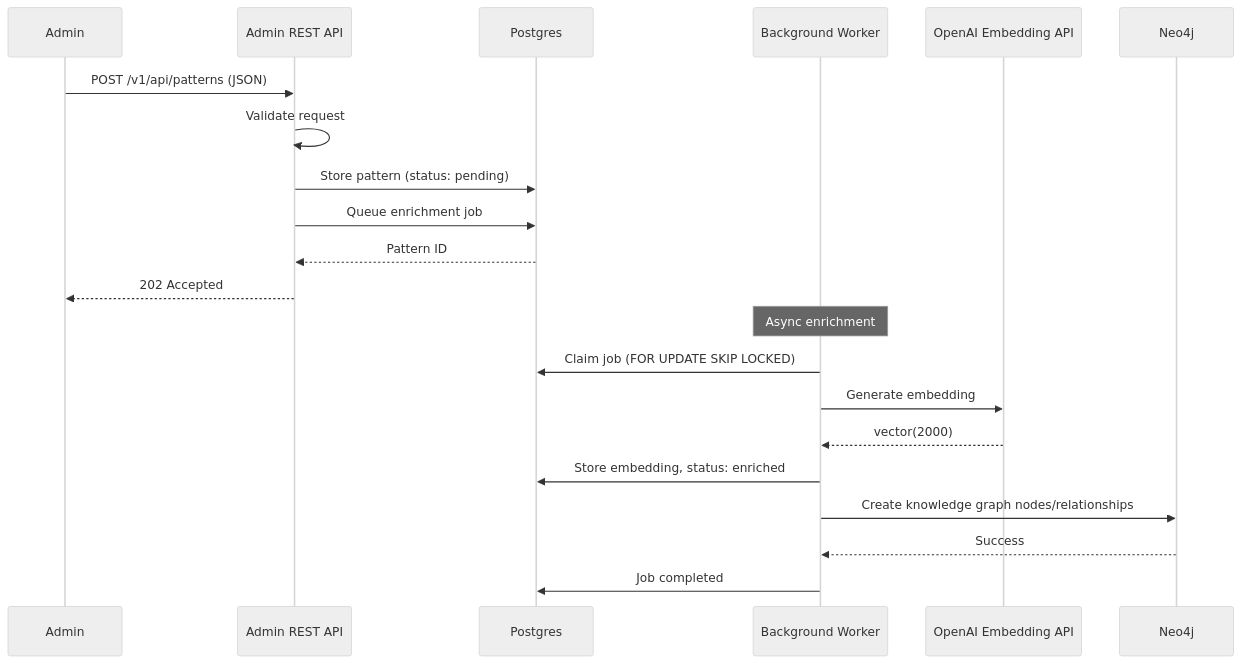
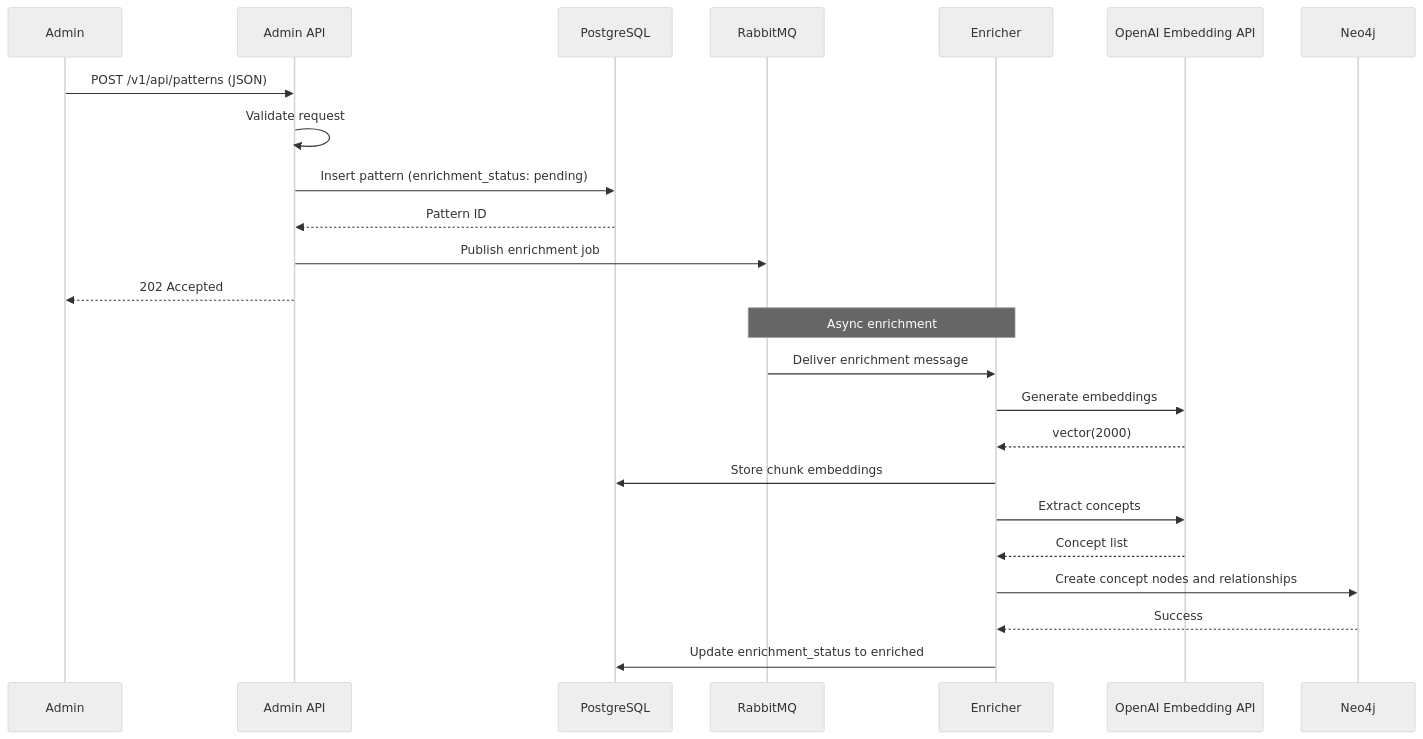
The third of 4 diagrams in docs/architecture/system/02-system-architecture.md (twistingmercury/mnemonic-docs), drawn with Mermaid (neutral theme) before and after one commit. The commit also changed other lines of this file, not shown here.

First line of the commit message:
docs: rewrite system architecture for MVP 2 decomposed service topology

````diff
--- a/docs/architecture/system/02-system-architecture.md
+++ b/docs/architecture/system/02-system-architecture.md
@@ -191,25 +172,28 @@
 ```mermaid
 sequenceDiagram
     participant Admin
-    participant REST as Admin REST API
-    participant PG as Postgres
-    participant WORKER as Background Worker
+    participant API as Admin API
+    participant PG as PostgreSQL
+    participant RMQ as RabbitMQ
+    participant Enricher as Enricher
     participant OPENAI as OpenAI Embedding API
     participant NEO as Neo4j
 
-    Admin->>REST: POST /v1/api/patterns (JSON)
-    REST->>REST: Validate request
-    REST->>PG: Store pattern (status: pending)
-    REST->>PG: Queue enrichment job
-    PG-->>REST: Pattern ID
-    REST-->>Admin: 202 Accepted
+    Admin->>API: POST /v1/api/patterns (JSON)
+    API->>API: Validate request
+    API->>PG: Insert pattern (enrichment_status: pending)
+    PG-->>API: Pattern ID
+    API->>RMQ: Publish enrichment job
+    API-->>Admin: 202 Accepted
 
-    Note over WORKER: Async enrichment
-    WORKER->>PG: Claim job (FOR UPDATE SKIP LOCKED)
-    WORKER->>OPENAI: Generate embedding
-    OPENAI-->>WORKER: vector(2000)
-    WORKER->>PG: Store embedding, status: enriched
-    WORKER->>NEO: Create knowledge graph nodes/relationships
-    NEO-->>WORKER: Success
-    WORKER->>PG: Job completed
+    Note over RMQ,Enricher: Async enrichment
+    RMQ->>Enricher: Deliver enrichment message
+    Enricher->>OPENAI: Generate embeddings
+    OPENAI-->>Enricher: vector(2000)
+    Enricher->>PG: Store chunk embeddings
+    Enricher->>OPENAI: Extract concepts
+    OPENAI-->>Enricher: Concept list
+    Enricher->>NEO: Create concept nodes and relationships
+    NEO-->>Enricher: Success
+    Enricher->>PG: Update enrichment_status to enriched
 ```
````
